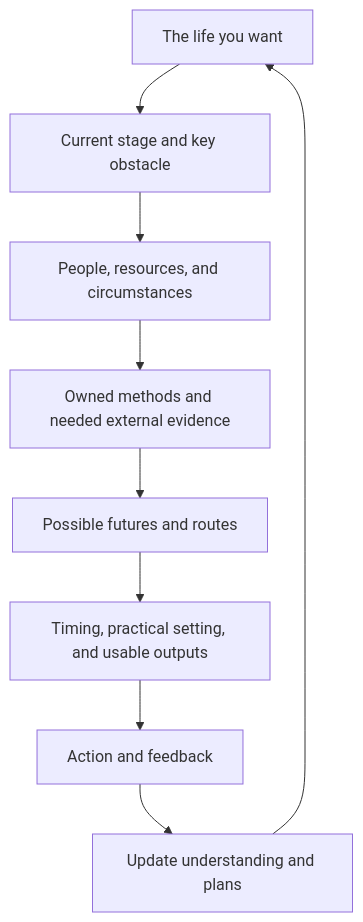
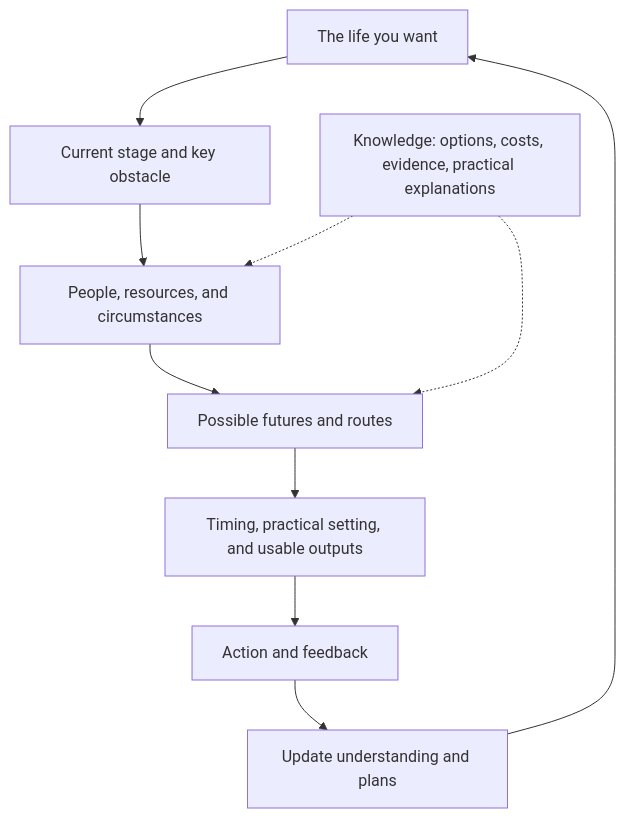
One commit to ZanePan2027/zane-life-workbench changed the diagram in docs/architecture.en.md. Above: the diagram before and after it, drawn with Mermaid. The commit also changed other lines of this file and 33 other files, not shown here.

````diff
--- a/docs/architecture.en.md
+++ b/docs/architecture.en.md
@@ -7,11 +7,12 @@
 ```mermaid
 flowchart TD
  A[The life you want] --> B[Current stage and key obstacle]
  B --> C[People, resources, and circumstances]
- C --> D[Owned methods and needed external evidence]
- D --> E[Possible futures and routes]
+ C --> E[Possible futures and routes]
+ K[Knowledge: options, costs, evidence, practical explanations] -.-> C
+ K -.-> E
  E --> F[Timing, practical setting, and usable outputs]
  F --> G[Action and feedback]
  G --> H[Update understanding and plans]
  H --> A
 ```
````
